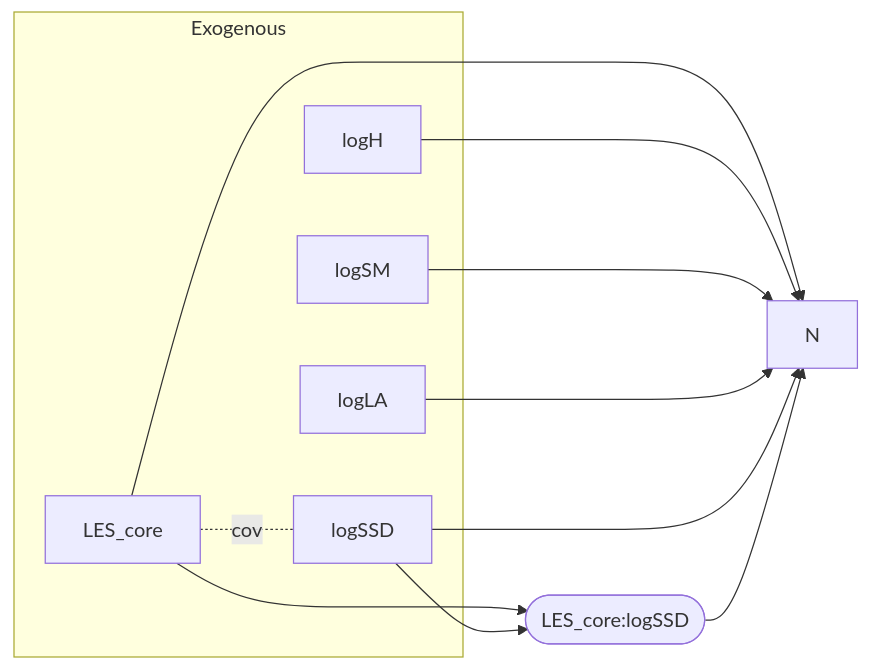
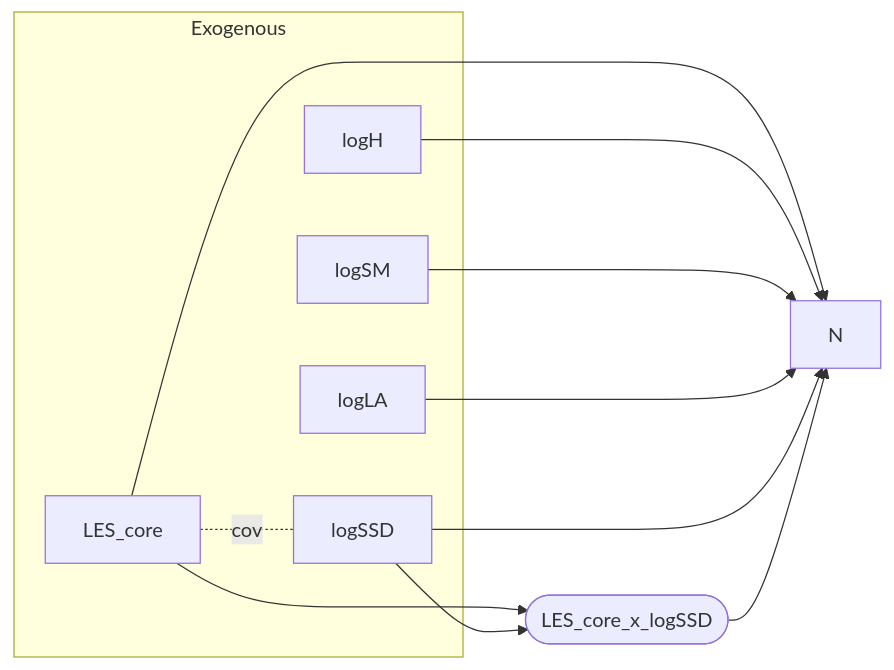
The sixth of 7 diagrams in README.md (jaredquekjz/plantguide), drawn with Mermaid before and after one commit. The commit also changed other lines of this file, not shown here.

Commit message:
docs(sem): fix Mermaid labels for GitHub compatibility (remove parentheses in node IDs and labels)

````diff
--- a/README.md
+++ b/README.md
@@ -193,27 +193,27 @@
 ```mermaid
 flowchart LR
   subgraph Exogenous
     LES[LES_core]
     H[logH]
     SM[logSM]
     LA[logLA]
     SSD[logSSD]
   end
   N[N]
 
   %% Main effects
   LES --> N
   H   --> N
   SM  --> N
   LA  --> N
   SSD --> N
 
   %% Interaction as product node
-  LESxSSD([LES_core:logSSD])
+  LESxSSD([LES_core_x_logSSD])
   LES --> LESxSSD
   SSD --> LESxSSD
   LESxSSD --> N
 
   %% Optional covariance for inference
   LES -. "cov" .- SSD
 ```
````
